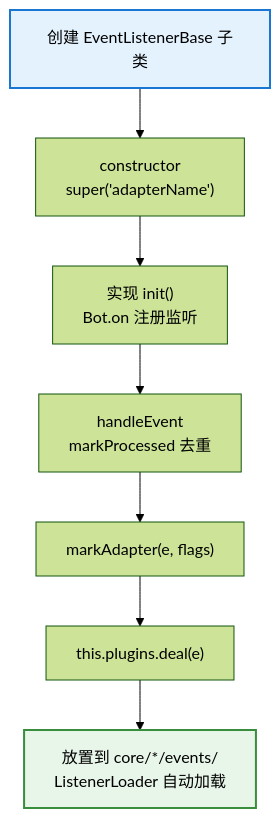
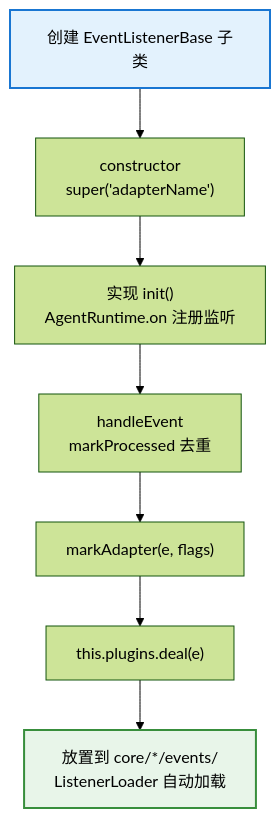
The fourth of 8 diagrams in docs/框架可扩展性指南.md (sunflowermm/XRK-AGT), drawn with Mermaid (forest theme) before and after one commit. The commit also changed other lines of this file and 315 other files, not shown here.

````diff
--- a/docs/框架可扩展性指南.md
+++ b/docs/框架可扩展性指南.md
@@ -510,12 +510,12 @@
 ```mermaid
 flowchart TB
     A["创建 EventListenerBase 子类"] --> B["constructor<br/>super('adapterName')"]
-    B --> C["实现 init()<br/>Bot.on 注册监听"]
+    B --> C["实现 init()<br/>AgentRuntime.on 注册监听"]
     C --> D["handleEvent<br/>markProcessed 去重"]
     D --> E["markAdapter(e, flags)"]
     E --> F["this.plugins.deal(e)"]
     F --> G["放置到 core/*/events/<br/>ListenerLoader 自动加载"]
     
     style A fill:#E3F2FD,stroke:#1976D2,stroke-width:2px
     style G fill:#E8F5E9,stroke:#388E3C,stroke-width:2px
 ```
````
